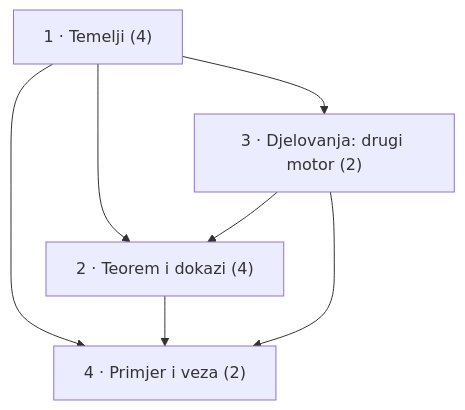
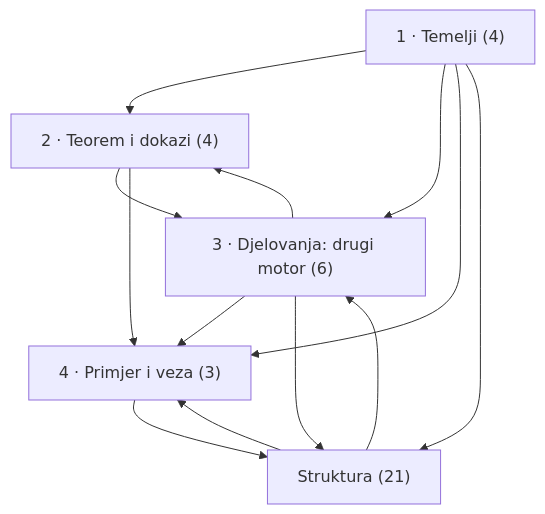
The first of 7 diagrams in examples/mini-vault/views/dag.md (matsek-fer/reader), drawn with Mermaid before and after one commit. The commit also changed other lines of this file and 318 other files, not shown here.

````diff
--- a/examples/mini-vault/views/dag.md
+++ b/examples/mini-vault/views/dag.md
@@ -15,13 +15,20 @@
 ```mermaid
 graph TD
     g0["1 · Temelji (4)"]
     g1["2 · Teorem i dokazi (4)"]
-    g2["3 · Djelovanja: drugi motor (2)"]
-    g3["4 · Primjer i veza (2)"]
+    g2["3 · Djelovanja: drugi motor (6)"]
+    g3["4 · Primjer i veza (3)"]
+    g4["Struktura (21)"]
     g0 --> g1
     g0 --> g2
     g0 --> g3
+    g0 --> g4
+    g1 --> g2
     g1 --> g3
     g2 --> g1
     g2 --> g3
+    g2 --> g4
+    g3 --> g4
+    g4 --> g2
+    g4 --> g3
 ```
````
